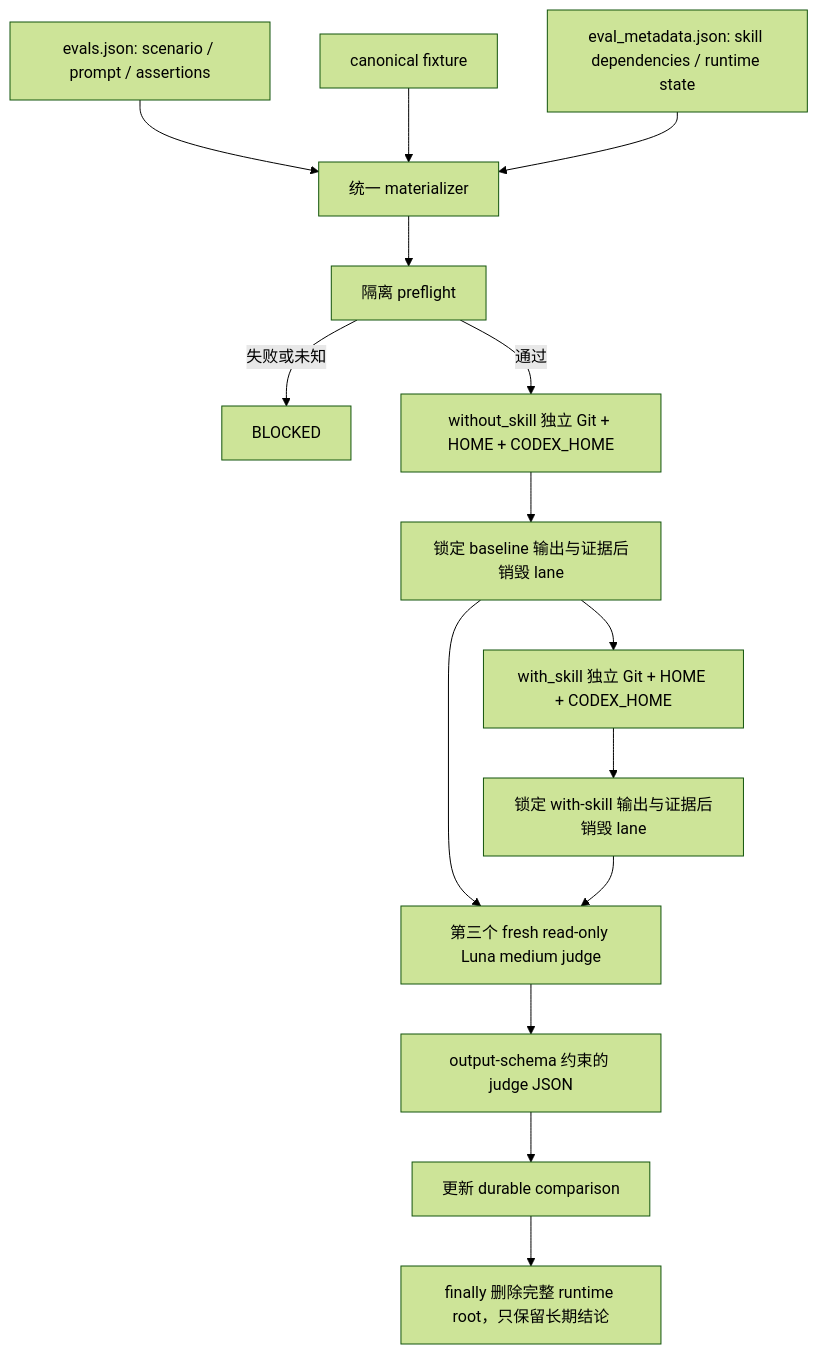
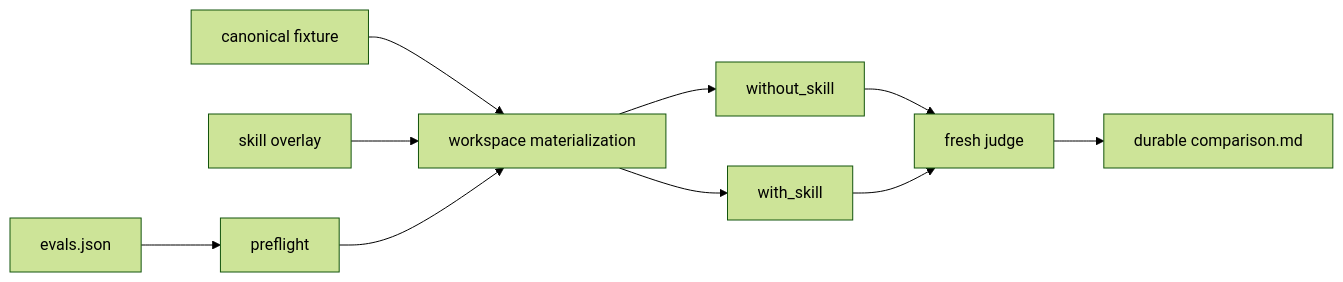
One commit to Neplich/dev-agent-skills changed the diagram in docs/engineer/repository-governance/eval-scenario-isolation/TRD.md. Above: the diagram before and after it, drawn with Mermaid (forest theme). The commit also changed other lines of this file and 442 other files, not shown here.

````diff
--- a/docs/engineer/repository-governance/eval-scenario-isolation/TRD.md
+++ b/docs/engineer/repository-governance/eval-scenario-isolation/TRD.md
@@ -129,17 +44,12 @@
 ```mermaid
-flowchart TD
-    D["evals.json: scenario / prompt / assertions"] --> M["统一 materializer"]
-    F["canonical fixture"] --> M
-    MD["eval_metadata.json: skill dependencies / runtime state"] --> M
-    M --> P["隔离 preflight"]
-    P -->|"失败或未知"| B["BLOCKED"]
-    P -->|"通过"| W0["without_skill 独立 Git + HOME + CODEX_HOME"]
-    W0 --> O0["锁定 baseline 输出与证据后销毁 lane"]
-    O0 --> W1["with_skill 独立 Git + HOME + CODEX_HOME"]
-    W1 --> O1["锁定 with-skill 输出与证据后销毁 lane"]
-    O0 --> J["第三个 fresh read-only Luna medium judge"]
-    O1 --> J
-    J --> S["output-schema 约束的 judge JSON"]
-    S --> C["更新 durable comparison"]
-    C --> A["finally 删除完整 runtime root，只保留长期结论"]
+flowchart LR
+    E["evals.json"] --> P["preflight"]
+    F["canonical fixture"] --> W["workspace materialization"]
+    O["skill overlay"] --> W
+    P --> W
+    W --> N["without_skill"]
+    W --> S["with_skill"]
+    N --> J["fresh judge"]
+    S --> J
+    J --> C["durable comparison.md"]
 ```
````
